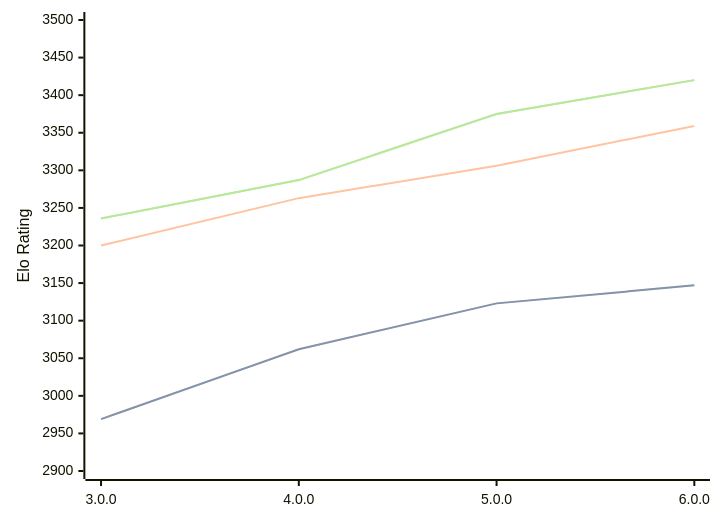
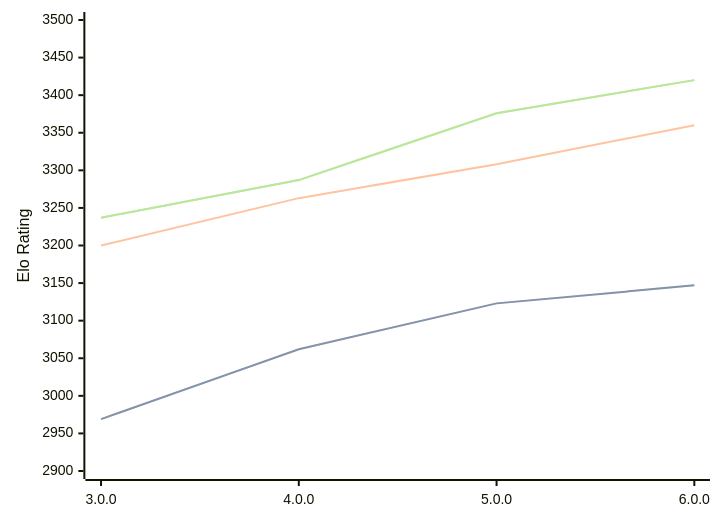
The diagram in engines/Minke.md (computer-chess-index/cci), drawn with Mermaid before and after one commit. The commit also changed other lines of this file, not shown here.

Commit message:
Update CCI Ratings (ELO VLTC) - 2026-08-10

````diff
--- a/engines/Minke.md
+++ b/engines/Minke.md
@@ -34,11 +34,11 @@
 ```mermaid
 %%{init: {"theme":"base","themeVariables":{"seriesColors:['#a3a3a3','#222221','#faa371']}}}%%
 xychart-beta
   x-axis ["3.0.0", "4.0.0", "5.0.0", "6.0.0"]
   y-axis "Elo Rating" 2900 --> 3500
   line "STC (8.0+0.08s)" [2969, 3062, 3123, 3147]
   line "STC (8.0+0.08s)" [2969, 3062, 3123, 3147]
-  line "LTC (60.0+0.60s)" [3200, 3263, 3306, 3359]
-  line "VLTC (2m24s+1.12s)" [3236, 3287, 3375, 3420]
-  line "VLTC (2m24s+1.12s)" [3236, 3287, 3375, 3420]
+  line "LTC (60.0+0.60s)" [3200, 3263, 3308, 3360]
+  line "VLTC (2m24s+1.12s)" [3237, 3287, 3376, 3420]
+  line "VLTC (2m24s+1.12s)" [3237, 3287, 3376, 3420]
 ```
````
